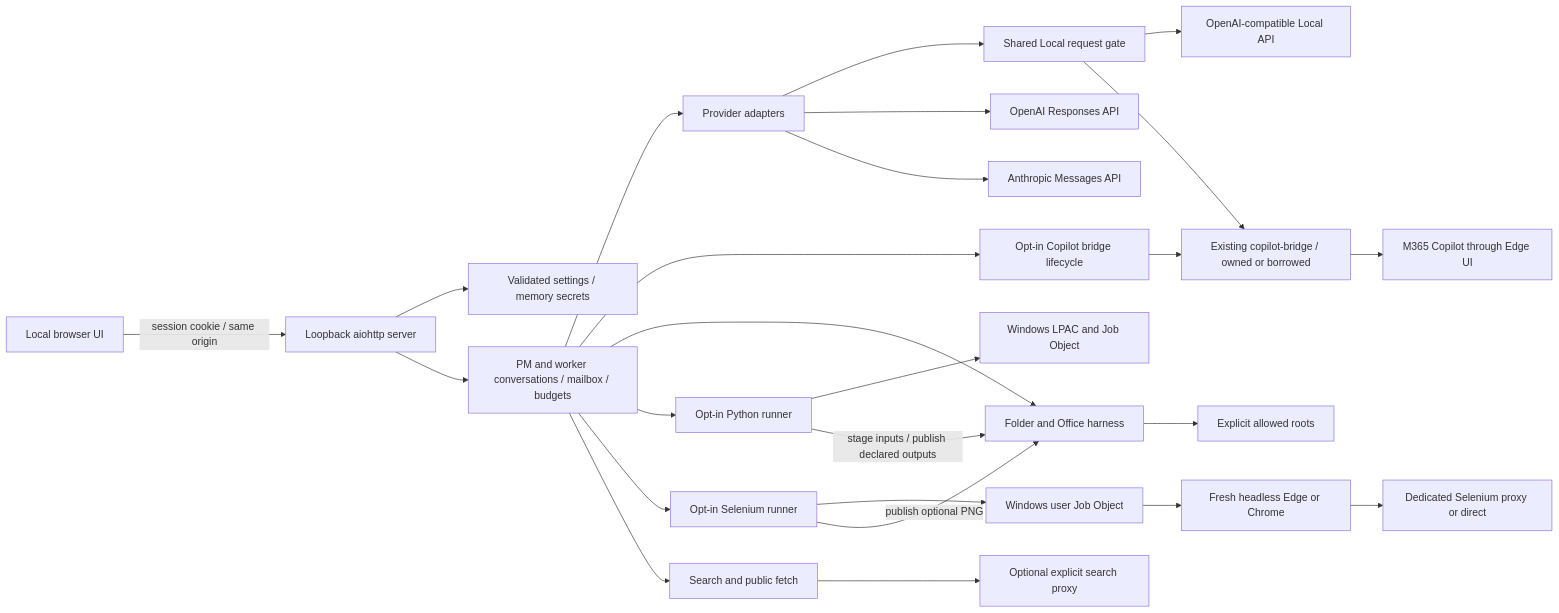
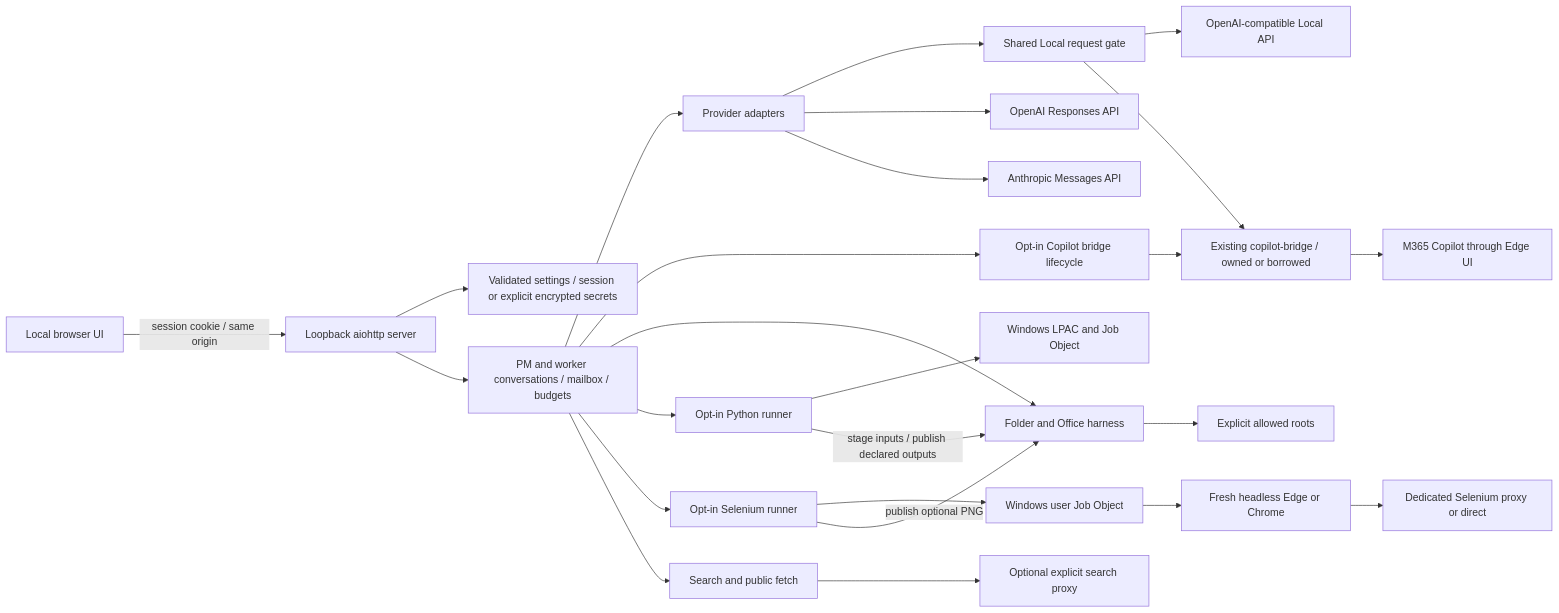
The diagram in docs/ARCHITECTURE.md (tyama-ds/agent-workbench), drawn with Mermaid before and after one commit. The commit also changed other lines of this file and 45 other files, not shown here.

````diff
--- a/docs/ARCHITECTURE.md
+++ b/docs/ARCHITECTURE.md
@@ -3,27 +3,27 @@
 ```mermaid
 flowchart LR
   UI[Local browser UI] -->|session cookie / same origin| Server[Loopback aiohttp server]
-  Server --> Settings[Validated settings / memory secrets]
+  Server --> Settings[Validated settings / session or explicit encrypted secrets]
   Server --> Engine[PM and worker conversations / mailbox / budgets]
   Engine --> Adapter[Provider adapters]
   Adapter --> Gate[Shared Local request gate]
   Gate --> Local[OpenAI-compatible Local API]
   Engine --> BridgeManager[Opt-in Copilot bridge lifecycle]
   BridgeManager --> Bridge[Existing copilot-bridge / owned or borrowed]
   Gate --> Bridge
   Bridge --> Copilot[M365 Copilot through Edge UI]
   Adapter --> OpenAI[OpenAI Responses API]
   Adapter --> Anthropic[Anthropic Messages API]
   Engine --> Harness[Folder and Office harness]
   Harness --> Files[Explicit allowed roots]
   Engine --> Python[Opt-in Python runner]
   Python --> Sandbox[Windows LPAC and Job Object]
   Python -->|stage inputs / publish declared outputs| Harness
   Engine --> Selenium[Opt-in Selenium runner]
   Selenium --> BrowserJob[Windows user Job Object]
   BrowserJob --> Browser[Fresh headless Edge or Chrome]
   Selenium -->|publish optional PNG| Harness
   Browser --> BrowserProxy[Dedicated Selenium proxy or direct]
   Engine --> Web[Search and public fetch]
   Web --> Proxy[Optional explicit search proxy]
 ```
````
